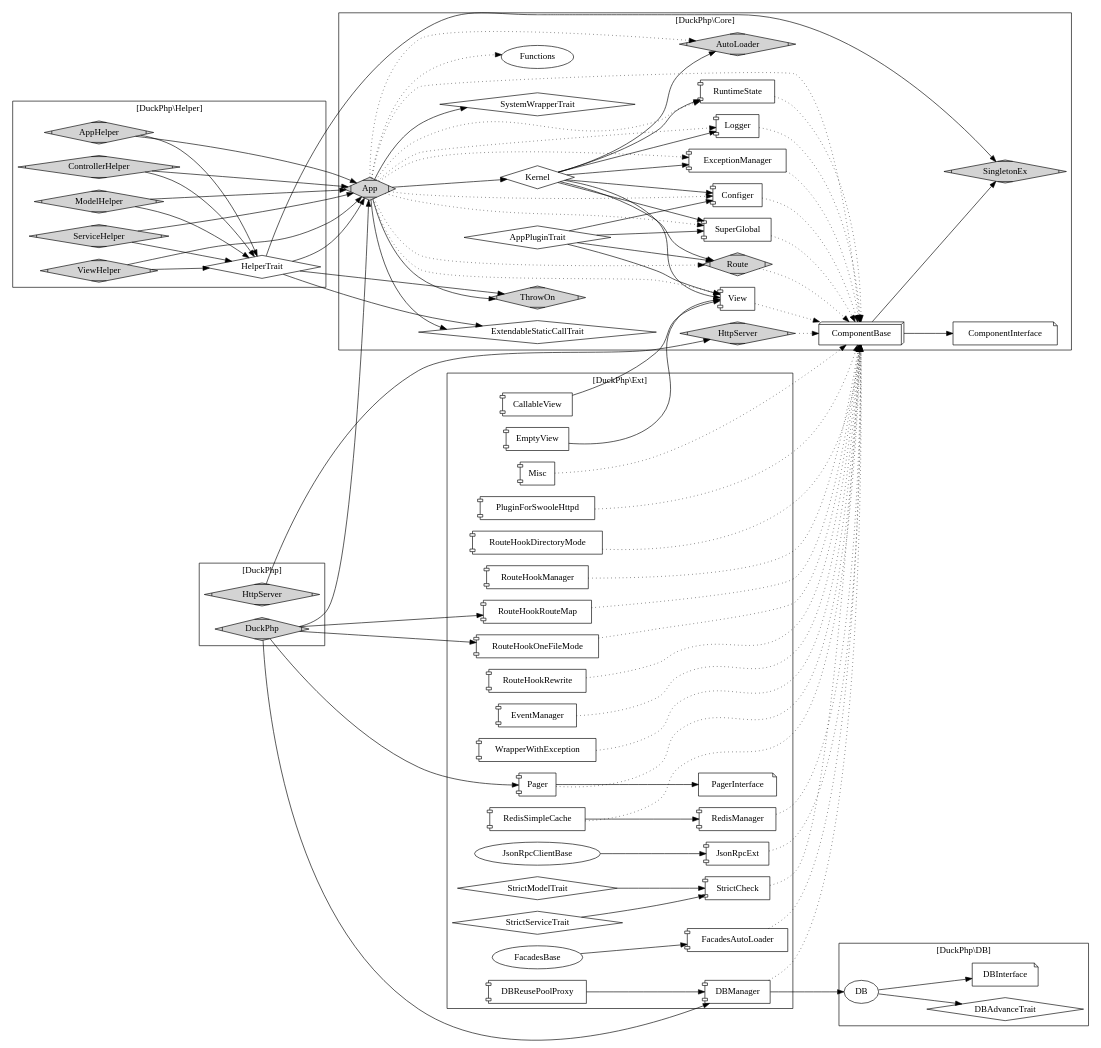
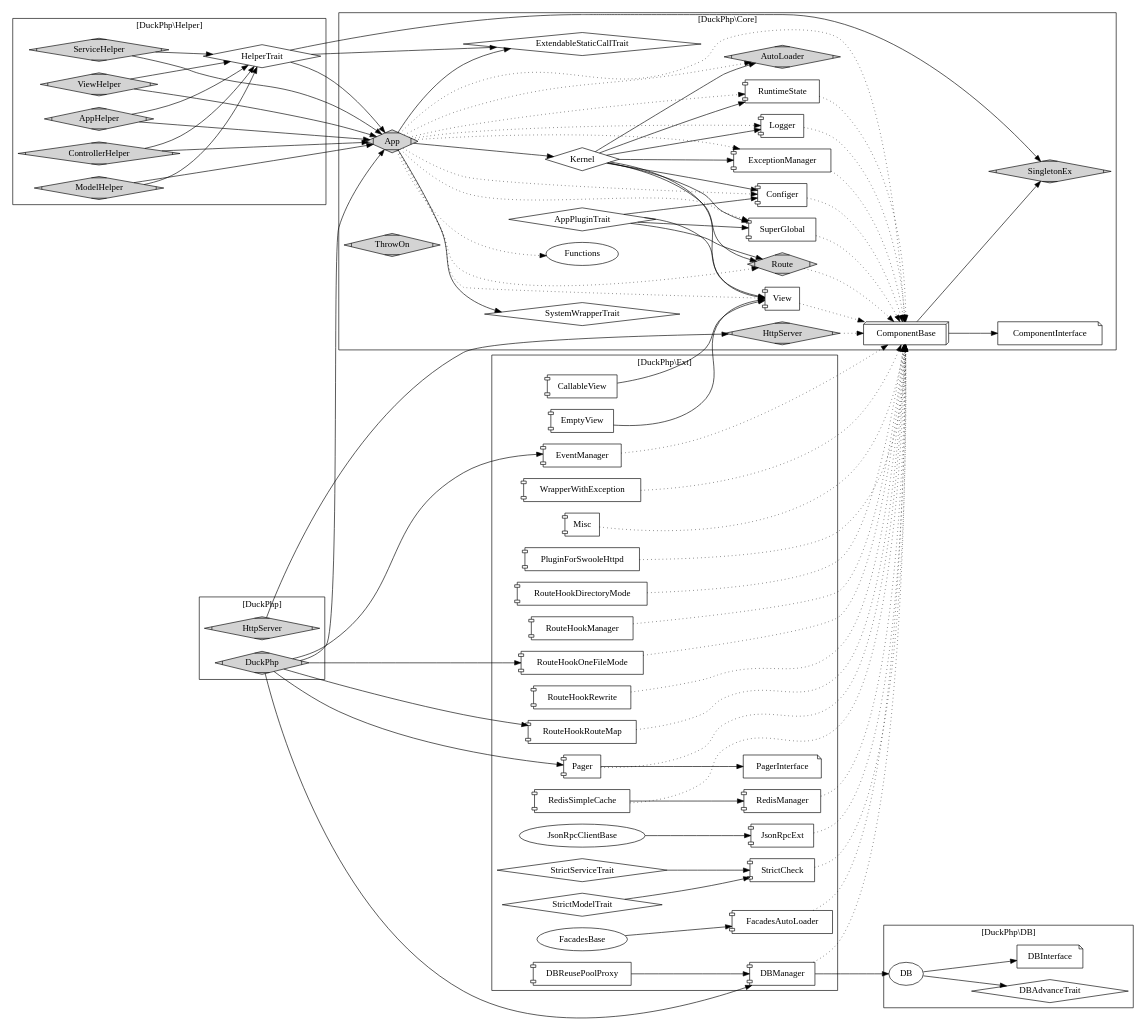
Before and after one commit to dvaknheo/duckphp: the diagram in doc/duckphp.gv, drawn with Graphviz. The commit also changed 17 other files, not shown here.

```diff
--- a/doc/duckphp.gv
+++ b/doc/duckphp.gv
@@ -40,7 +40,6 @@
     Core_Kernel -> Core_SuperGlobal;
     
     Core_App -> Core_Kernel;
-    Core_App -> Core_ThrowOn;
     Core_App -> Core_ExtendableStaticCallTrait;
     Core_App -> Core_SystemWrapperTrait;
     
@@ -101,7 +100,6 @@
     HelperTrait -> Core_SingletonEx;
     HelperTrait -> Core_App;
     HelperTrait -> Core_ExtendableStaticCallTrait ;
-    HelperTrait -> Core_ThrowOn;
     
     AppHelper -> HelperTrait; 
     ControllerHelper -> HelperTrait; 
@@ -199,6 +197,7 @@
     DuckPhp -> RouteHookRouteMap;
     DuckPhp -> Pager;
     DuckPhp -> DBManager;
+    DuckPhp -> EventManager;
     DuckPhp -> RouteHookOneFileMode;
 
     DuckPhp [shape=Mdiamond];
```
